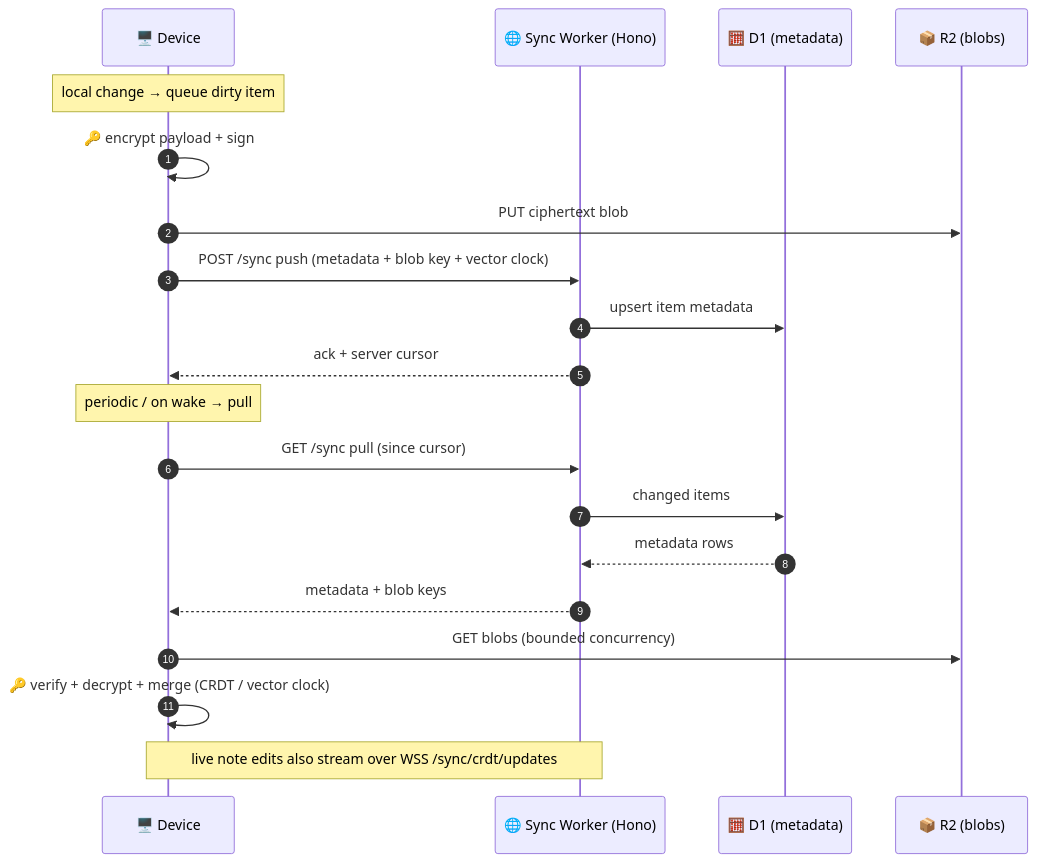
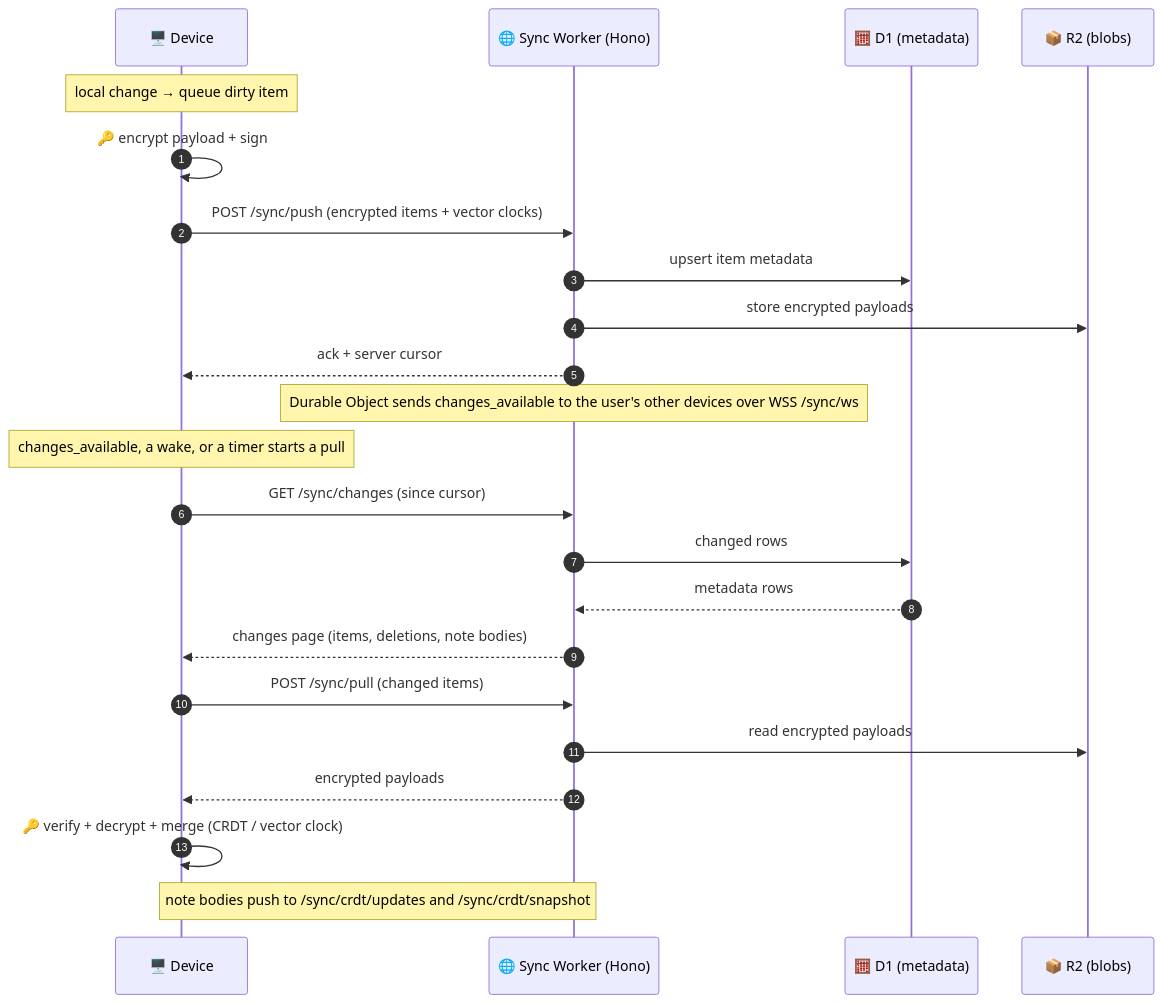
The fifth of 6 diagrams in docs/ARCHITECTURE.md (memrynote/memry), drawn with Mermaid before and after one commit. The commit also changed other lines of this file and 7 other files, not shown here.

First line of the commit message:
docs(docs,sync-server): bring the architecture and contributor docs up to date

````diff
--- a/docs/ARCHITECTURE.md
+++ b/docs/ARCHITECTURE.md
@@ -393,25 +427,28 @@
 ```mermaid
 sequenceDiagram
   autonumber
   participant Dev as 🖥️ Device
   participant W as 🌐 Sync Worker (Hono)
   participant D1 as 🧮 D1 (metadata)
   participant R2 as 📦 R2 (blobs)
 
   Note over Dev: local change → queue dirty item
   Dev->>Dev: 🔑 encrypt payload + sign
-  Dev->>R2: PUT ciphertext blob
-  Dev->>W: POST /sync push (metadata + blob key + vector clock)
+  Dev->>W: POST /sync/push (encrypted items + vector clocks)
   W->>D1: upsert item metadata
+  W->>R2: store encrypted payloads
   W-->>Dev: ack + server cursor
+  Note over W: Durable Object sends changes_available to the user's other devices over WSS /sync/ws
 
-  Note over Dev: periodic / on wake → pull
-  Dev->>W: GET /sync pull (since cursor)
-  W->>D1: changed items
+  Note over Dev: changes_available, a wake, or a timer starts a pull
+  Dev->>W: GET /sync/changes (since cursor)
+  W->>D1: changed rows
   D1-->>W: metadata rows
-  W-->>Dev: metadata + blob keys
-  Dev->>R2: GET blobs (bounded concurrency)
+  W-->>Dev: changes page (items, deletions, note bodies)
+  Dev->>W: POST /sync/pull (changed items)
+  W->>R2: read encrypted payloads
+  W-->>Dev: encrypted payloads
   Dev->>Dev: 🔑 verify + decrypt + merge (CRDT / vector clock)
 
-  Note over Dev,W: live note edits also stream over WSS /sync/crdt/updates
+  Note over Dev,W: note bodies push to /sync/crdt/updates and /sync/crdt/snapshot
 ```
````
